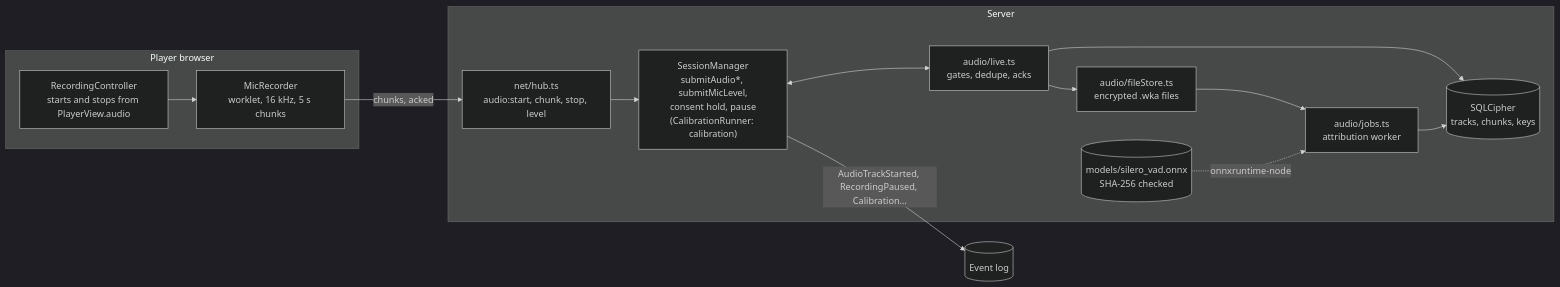
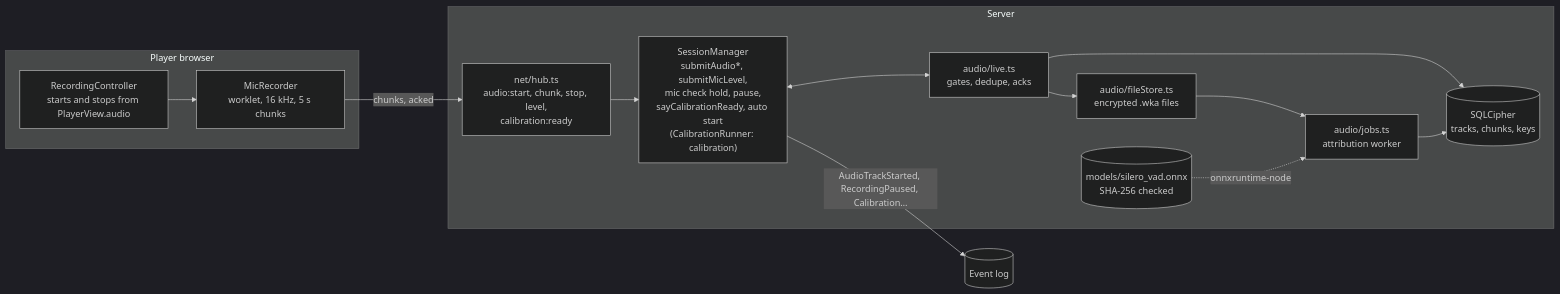
Before and after one commit to xy-zak/WhoKnowsWhoActs: the ninth of 9 diagrams in docs/ARCHITECTURE.md, drawn with Mermaid (dark theme). The commit also changed other lines of this file and 21 other files, not shown here.

First line of the commit message:
Docs: session startup flow (welcome page, eleven setup steps, consent sections, mic check hold until the briefing, calibration readiness); change logs

````diff
--- a/docs/ARCHITECTURE.md
+++ b/docs/ARCHITECTURE.md
@@ -660,26 +676,26 @@
 ```mermaid
 flowchart LR
   subgraph Browser["Player browser"]
     REC["RecordingController<br/>starts and stops from PlayerView.audio"]
     ENG["MicRecorder<br/>worklet, 16 kHz, 5 s chunks"]
     REC --> ENG
   end
   subgraph Server["Server"]
-    HUB["net/hub.ts<br/>audio:start, chunk, stop, level"]
-    SM["SessionManager<br/>submitAudio*, submitMicLevel,<br/>consent hold, pause<br/>(CalibrationRunner: calibration)"]
+    HUB["net/hub.ts<br/>audio:start, chunk, stop, level,<br/>calibration:ready"]
+    SM["SessionManager<br/>submitAudio*, submitMicLevel,<br/>mic check hold, pause,<br/>sayCalibrationReady, auto start<br/>(CalibrationRunner: calibration)"]
     LIVE["audio/live.ts<br/>gates, dedupe, acks"]
     FS["audio/fileStore.ts<br/>encrypted .wka files"]
     DB[("SQLCipher<br/>tracks, chunks, keys")]
     JOB["audio/jobs.ts<br/>attribution worker"]
     VAD[("models/silero_vad.onnx<br/>SHA-256 checked")]
   end
   ENG -->|"chunks, acked"| HUB
   HUB --> SM
   SM <--> LIVE
   LIVE --> FS
   LIVE --> DB
   FS --> JOB
   VAD -.->|"onnxruntime-node"| JOB
   JOB --> DB
   SM -->|"AudioTrackStarted, RecordingPaused, Calibration…"| LOG[("Event log")]
 ```
````
